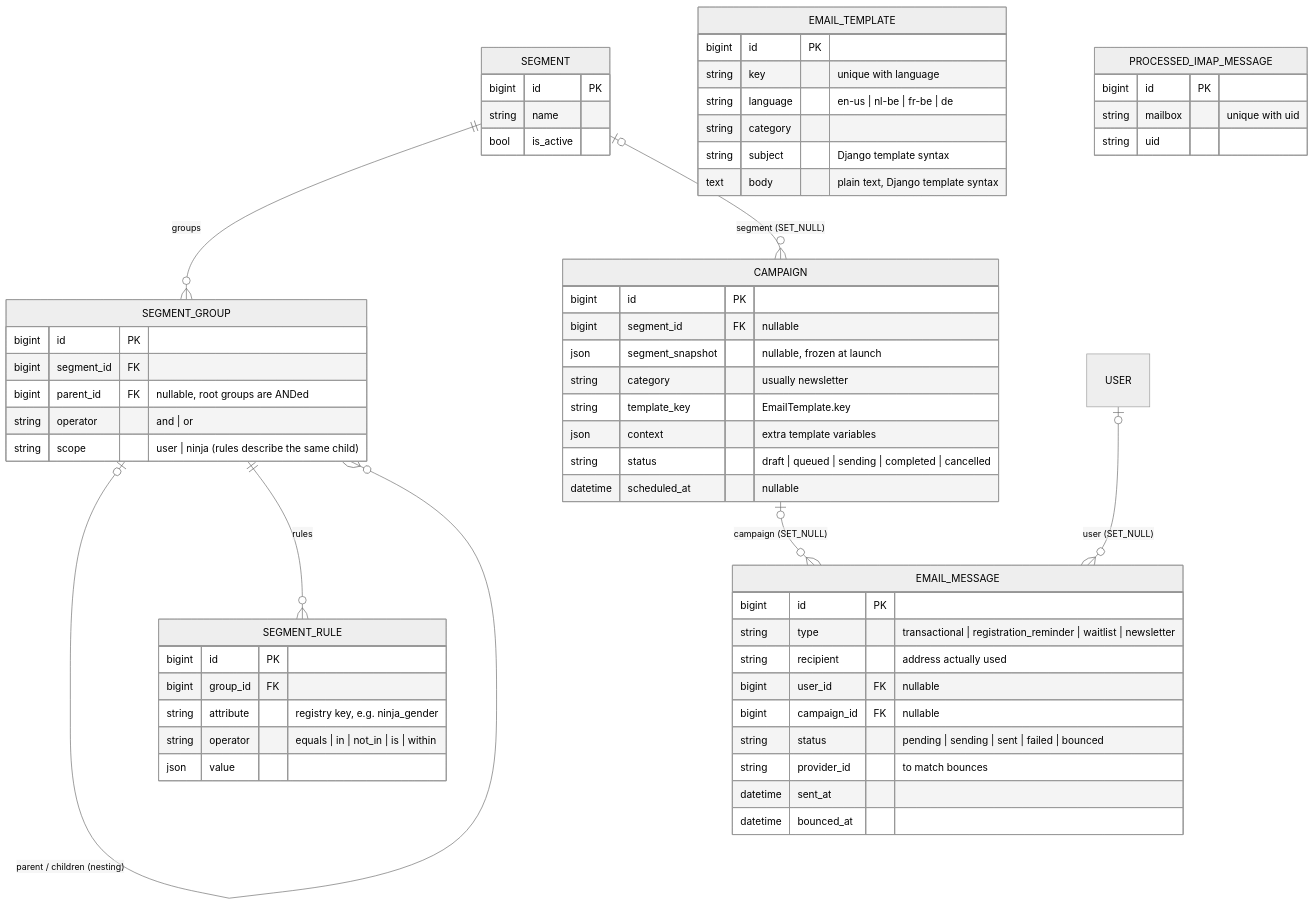
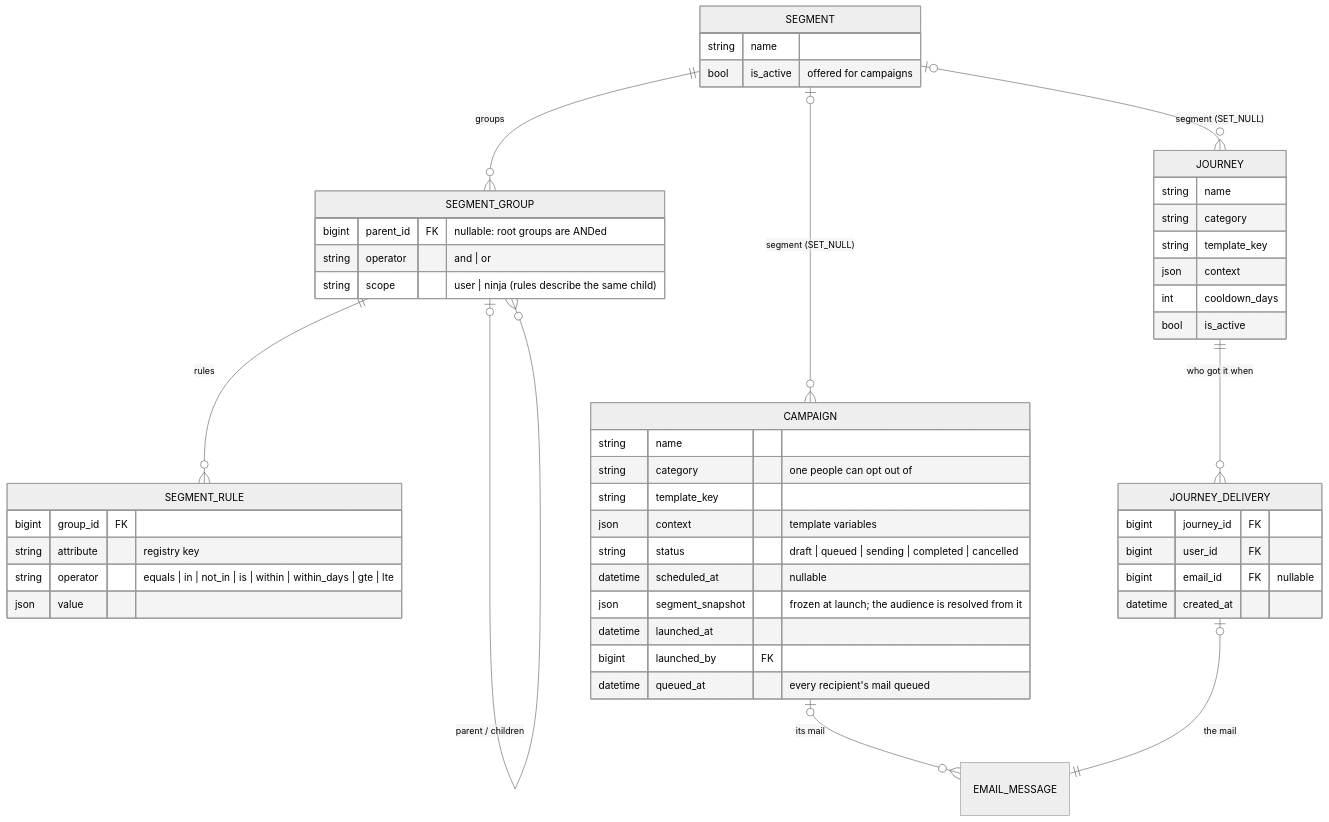
Diagram 23 of 26 in DATA_MODEL.md (DoublG/coderdojo-event-registration), drawn with Mermaid (neutral theme) before and after one commit. The commit also changed other lines of this file and 19 other files, not shown here.

First line of the commit message:
Docs: the organisation dashboard, and diagrams of what was built

````diff
--- a/DATA_MODEL.md
+++ b/DATA_MODEL.md
@@ -1514,63 +1633,53 @@
 ```mermaid
 erDiagram
     SEGMENT ||--o{ SEGMENT_GROUP : "groups"
-    SEGMENT_GROUP |o--o{ SEGMENT_GROUP : "parent / children (nesting)"
+    SEGMENT_GROUP |o--o{ SEGMENT_GROUP : "parent / children"
     SEGMENT_GROUP ||--o{ SEGMENT_RULE : "rules"
     SEGMENT |o--o{ CAMPAIGN : "segment (SET_NULL)"
-    CAMPAIGN |o--o{ EMAIL_MESSAGE : "campaign (SET_NULL)"
-    USER |o--o{ EMAIL_MESSAGE : "user (SET_NULL)"
+    SEGMENT |o--o{ JOURNEY : "segment (SET_NULL)"
+    CAMPAIGN |o--o{ EMAIL_MESSAGE : "its mail"
+    JOURNEY ||--o{ JOURNEY_DELIVERY : "who got it when"
+    JOURNEY_DELIVERY |o--|| EMAIL_MESSAGE : "the mail"
 
     SEGMENT {
-        bigint id PK
         string name
-        bool is_active
+        bool is_active "offered for campaigns"
     }
     SEGMENT_GROUP {
-        bigint id PK
-        bigint segment_id FK
-        bigint parent_id FK "nullable, root groups are ANDed"
+        bigint parent_id FK "nullable: root groups are ANDed"
         string operator "and | or"
         string scope "user | ninja (rules describe the same child)"
     }
     SEGMENT_RULE {
-        bigint id PK
         bigint group_id FK
-        string attribute "registry key, e.g. ninja_gender"
-        string operator "equals | in | not_in | is | within"
+        string attribute "registry key"
+        string operator "equals | in | not_in | is | within | within_days | gte | lte"
         json value
     }
     CAMPAIGN {
-        bigint id PK
-        bigint segment_id FK "nullable"
-        json segment_snapshot "nullable, frozen at launch"
-        string category "usually newsletter"
-        string template_key "EmailTemplate.key"
-        json context "extra template variables"
+        string name
+        string category "one people can opt out of"
+        string template_key
+        json context "template variables"
         string status "draft | queued | sending | completed | cancelled"
         datetime scheduled_at "nullable"
+        json segment_snapshot "frozen at launch; the audience is resolved from it"
+        datetime launched_at
+        bigint launched_by FK
+        datetime queued_at "every recipient's mail queued"
     }
-    EMAIL_MESSAGE {
-        bigint id PK
-        string type "transactional | registration_reminder | waitlist | newsletter"
-        string recipient "address actually used"
-        bigint user_id FK "nullable"
-        bigint campaign_id FK "nullable"
-        string status "pending | sending | sent | failed | bounced"
-        string provider_id "to match bounces"
-        datetime sent_at
-        datetime bounced_at
+    JOURNEY {
+        string name
+        string category
+        string template_key
+        json context
+        int cooldown_days
+        bool is_active
     }
-    EMAIL_TEMPLATE {
-        bigint id PK
-        string key "unique with language"
-        string language "en-us | nl-be | fr-be | de"
-        string category
-        string subject "Django template syntax"
-        text body "plain text, Django template syntax"
-    }
-    PROCESSED_IMAP_MESSAGE {
-        bigint id PK
-        string mailbox "unique with uid"
-        string uid
+    JOURNEY_DELIVERY {
+        bigint journey_id FK
+        bigint user_id FK
+        bigint email_id FK "nullable"
+        datetime created_at
     }
 ```
````
